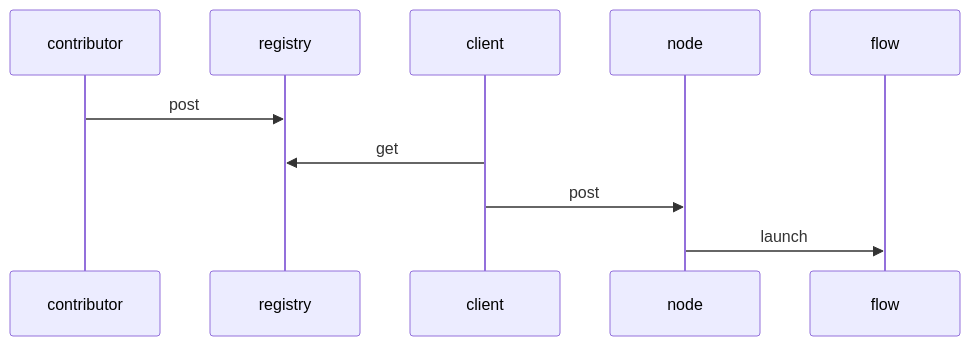
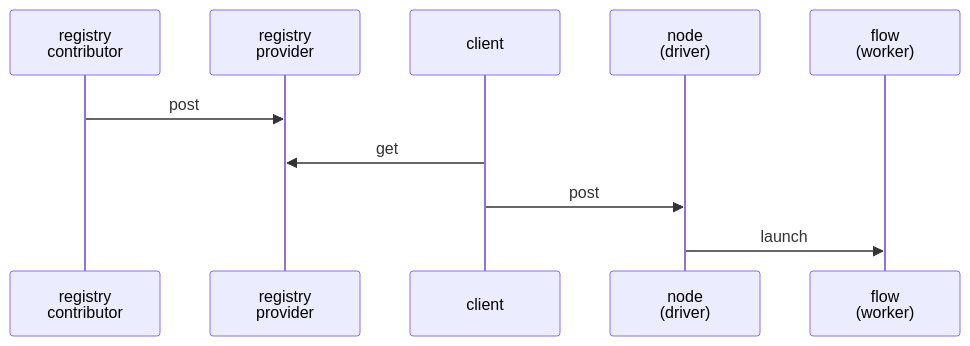
The first of 2 diagrams in KeyComponents.md (jarekjaryszew/kodo-about), drawn with Mermaid before and after one commit. The commit also changed other lines of this file, not shown here.

Commit message:
improve: more explicit in diagrams

````diff
--- a/KeyComponents.md
+++ b/KeyComponents.md
@@ -22,14 +22,14 @@
 ```mermaid
     sequenceDiagram 
 
-        participant contributor
-        participant registry
+        participant contributor as registry<br/>contributor
+        participant registry as registry<br/>provider
         participant client
-        participant node
+        participant node as node<br/>(driver)
+        participant flow as flow<br/>(worker)
         
         contributor ->> registry: post
         client ->> registry: get
         client ->> node: post
         node ->> flow: launch
-        
 ```
````
